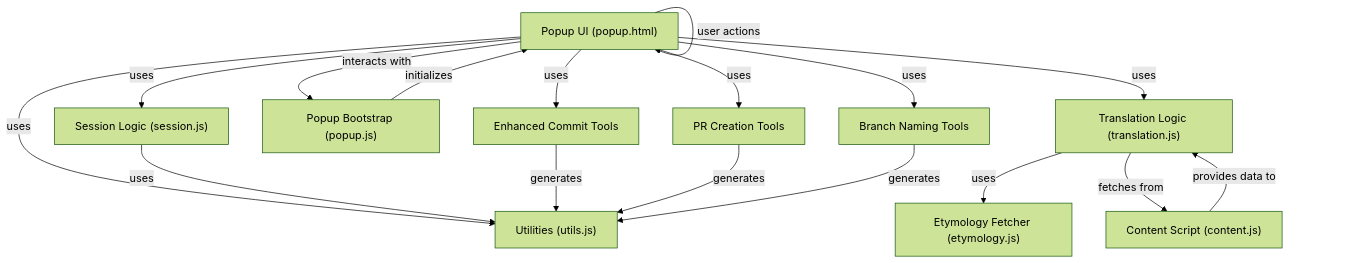
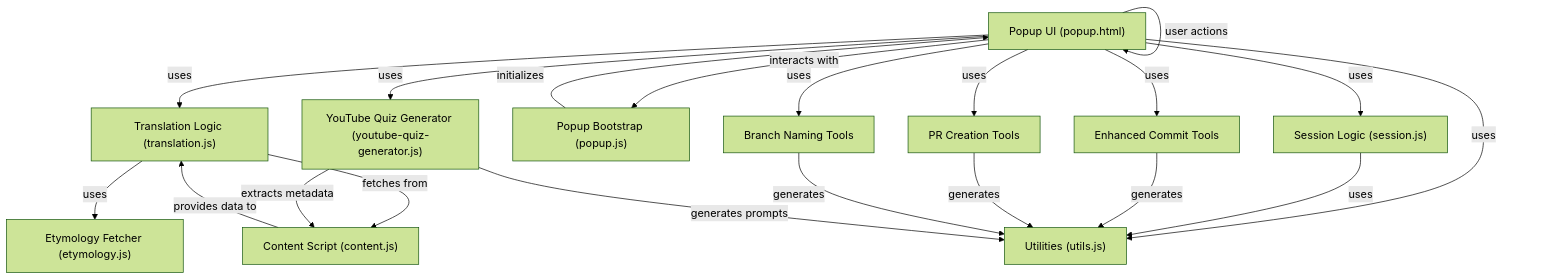
Before and after one commit to HsiehShuJeng/scott-edge-extensions: the first of 9 diagrams in README.md, drawn with Mermaid (forest theme). The commit also changed other lines of this file and 1 other file, not shown here.

First line of the commit message:
docs: update documentation for YouTube quiz generator feature

````diff
--- a/README.md
+++ b/README.md
@@ -130,30 +154,34 @@
 ```mermaid
 flowchart TD
     UI["Popup UI (popup.html)"]
     ContentScript["Content Script (content.js)"]
     Session["Session Logic (session.js)"]
     Translation["Translation Logic (translation.js)"]
     Etymology["Etymology Fetcher (etymology.js)"]
     Utils["Utilities (utils.js)"]
     PopupJS["Popup Bootstrap (popup.js)"]
     CommitTools["Enhanced Commit Tools"]
     PRTools["PR Creation Tools"]
     BranchTools["Branch Naming Tools"]
+    YouTubeQuiz["YouTube Quiz Generator (youtube-quiz-generator.js)"]
 
     UI -- interacts with --> PopupJS
     PopupJS -- initializes --> UI
     UI -- uses --> Session
     UI -- uses --> Translation
     UI -- uses --> Utils
     UI -- uses --> CommitTools
     UI -- uses --> PRTools
     UI -- uses --> BranchTools
+    UI -- uses --> YouTubeQuiz
     Translation -- uses --> Etymology
     Translation -- fetches from --> ContentScript
     Session -- uses --> Utils
     ContentScript -- provides data to --> Translation
     CommitTools -- generates --> Utils
     PRTools -- generates --> Utils
     BranchTools -- generates --> Utils
+    YouTubeQuiz -- extracts metadata --> ContentScript
+    YouTubeQuiz -- generates prompts --> Utils
     UI -- user actions --> UI
 ```
````
